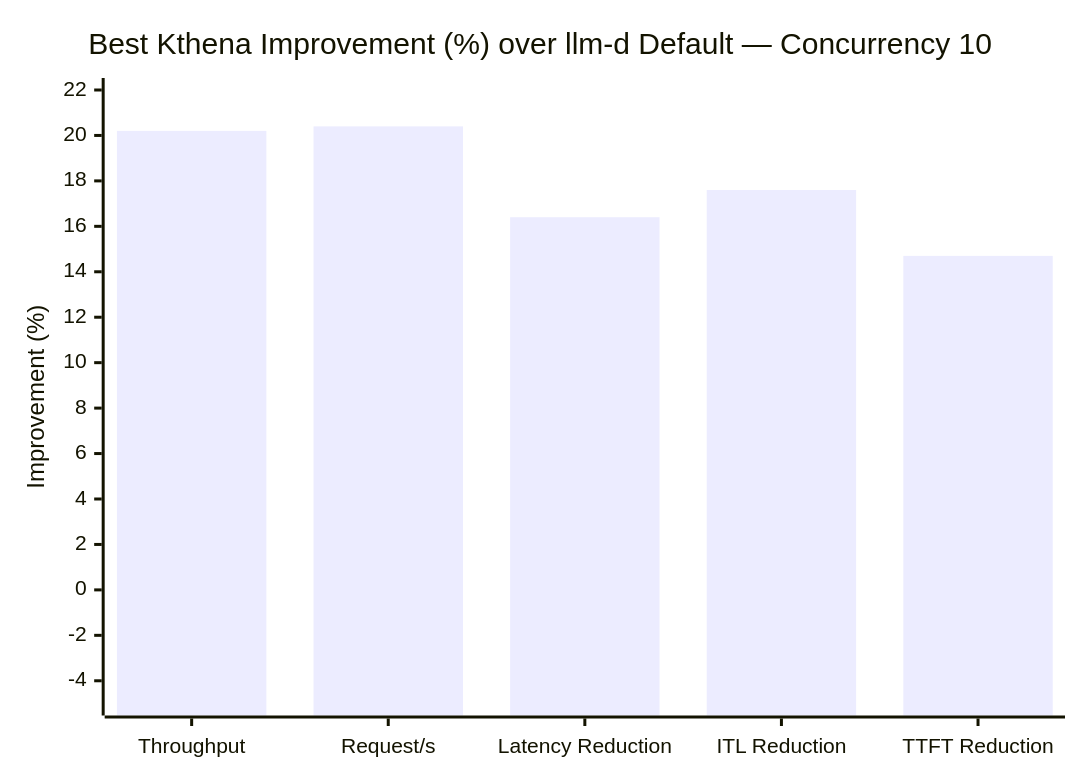
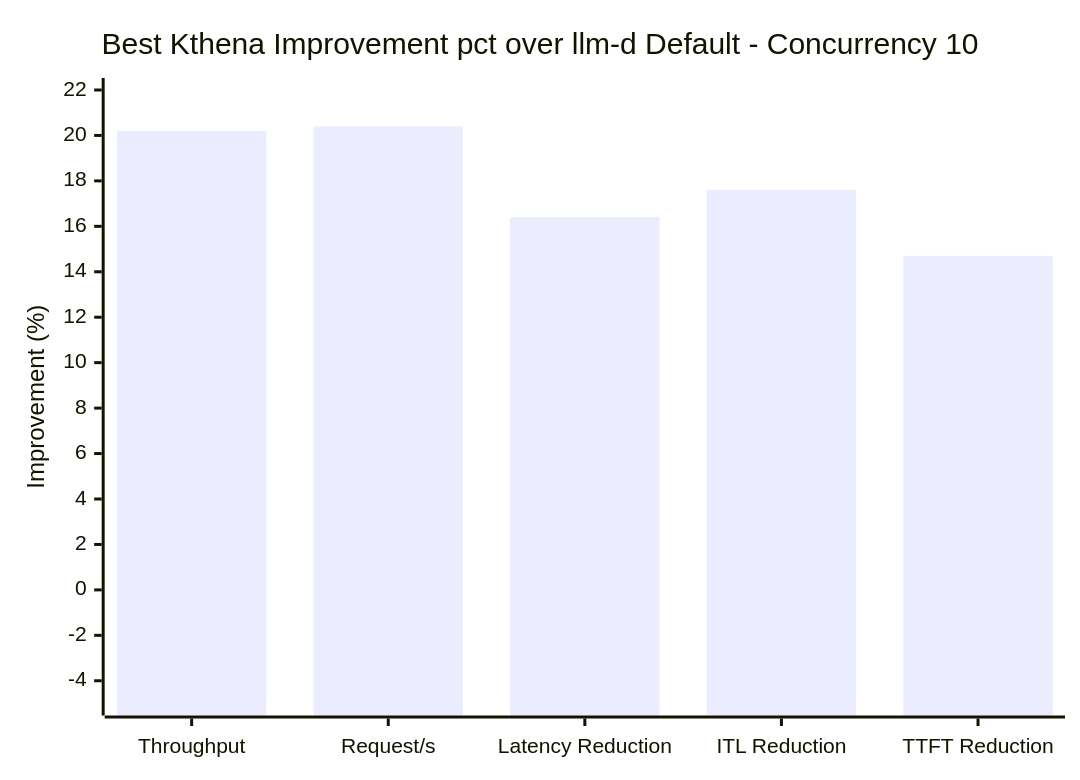
The tenth of 20 diagrams in benchmark-report.md (YaoZengzeng/kthena), drawn with Mermaid before and after one commit. The commit also changed other lines of this file, not shown here.

````diff
--- a/benchmark-report.md
+++ b/benchmark-report.md
@@ -339,7 +339,7 @@
 ```mermaid
 xychart-beta
-    title "Best Kthena Improvement (%) over llm-d Default — Concurrency 10"
+    title "Best Kthena Improvement pct over llm-d Default - Concurrency 10"
     x-axis ["Throughput", "Request/s", "Latency Reduction", "ITL Reduction", "TTFT Reduction"]
     y-axis "Improvement (%)" -5 --> 22
     bar [20.2, 20.4, 16.4, 17.6, 14.7]
 ```
````
